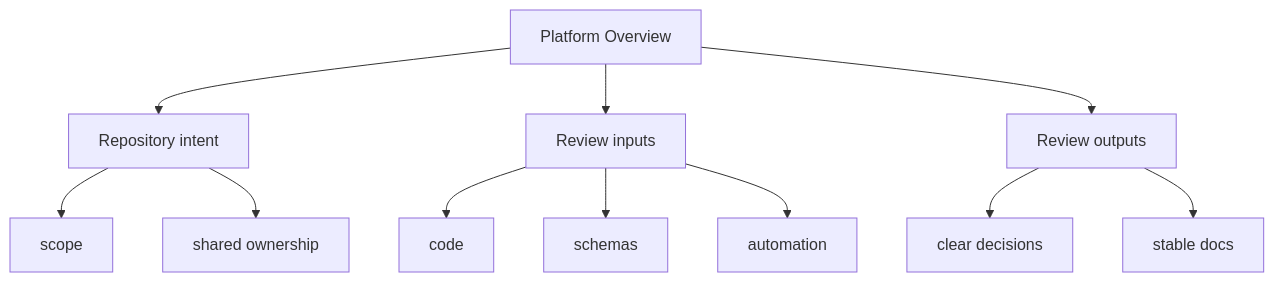
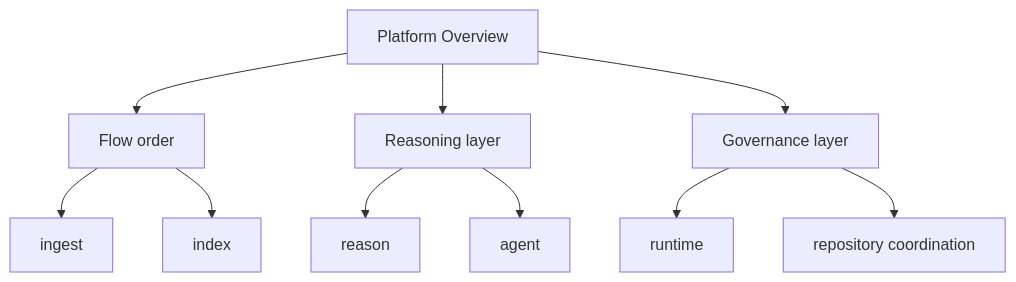
The second of 2 diagrams in docs/bijux-canon/platform-overview.md (bijux/bijux-canon), drawn with Mermaid before and after one commit. The commit also changed other lines of this file and 11 other files, not shown here.

Commit message:
docs(diagrams): clarify root handbook maps

````diff
--- a/docs/bijux-canon/platform-overview.md
+++ b/docs/bijux-canon/platform-overview.md
@@ -45,24 +45,22 @@
 ```mermaid
 flowchart TD
     page["Platform Overview"]
-    focus1["Repository intent"]
+    focus1["Flow order"]
     page --> focus1
-    focus1_1["scope"]
+    focus1_1["ingest"]
     focus1 --> focus1_1
-    focus1_2["shared ownership"]
+    focus1_2["index"]
     focus1 --> focus1_2
-    focus2["Review inputs"]
+    focus2["Reasoning layer"]
     page --> focus2
-    focus2_1["code"]
+    focus2_1["reason"]
     focus2 --> focus2_1
-    focus2_2["schemas"]
+    focus2_2["agent"]
     focus2 --> focus2_2
-    focus2_3["automation"]
-    focus2 --> focus2_3
-    focus3["Review outputs"]
+    focus3["Governance layer"]
     page --> focus3
-    focus3_1["clear decisions"]
+    focus3_1["runtime"]
     focus3 --> focus3_1
-    focus3_2["stable docs"]
+    focus3_2["repository coordination"]
     focus3 --> focus3_2
 ```
````
